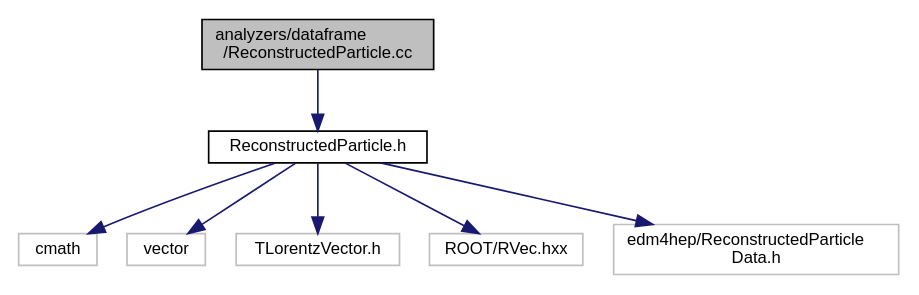
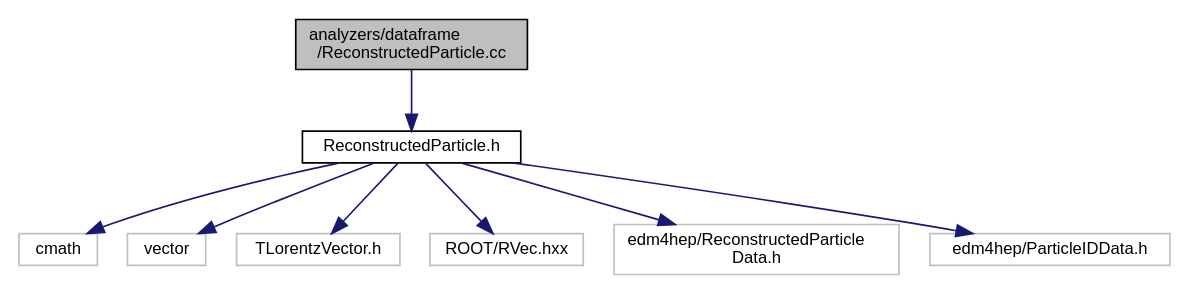
One commit to HEP-FCC/FCCAnalyses changed the diagram in doc/latest/_reconstructed_particle_8cc__incl.dot. Above: the diagram before and after it, drawn with Graphviz. The commit also changed 121 other files, not shown here.

```diff
--- a/doc/latest/_reconstructed_particle_8cc__incl.dot
+++ b/doc/latest/_reconstructed_particle_8cc__incl.dot
@@ -1,19 +1,21 @@
 digraph "analyzers/dataframe/ReconstructedParticle.cc"
 {
  // LATEX_PDF_SIZE
   edge [fontname="Helvetica",fontsize="10",labelfontname="Helvetica",labelfontsize="10"];
   node [fontname="Helvetica",fontsize="10",shape=record];
   Node1 [label="analyzers/dataframe\l/ReconstructedParticle.cc",height=0.2,width=0.4,color="black", fillcolor="grey75", style="filled", fontcolor="black",tooltip=" "];
   Node1 -> Node2 [color="midnightblue",fontsize="10",style="solid",fontname="Helvetica"];
   Node2 [label="ReconstructedParticle.h",height=0.2,width=0.4,color="black", fillcolor="white", style="filled",URL="$_reconstructed_particle_8h.html",tooltip=" "];
   Node2 -> Node3 [color="midnightblue",fontsize="10",style="solid",fontname="Helvetica"];
   Node3 [label="cmath",height=0.2,width=0.4,color="grey75", fillcolor="white", style="filled",tooltip=" "];
   Node2 -> Node4 [color="midnightblue",fontsize="10",style="solid",fontname="Helvetica"];
   Node4 [label="vector",height=0.2,width=0.4,color="grey75", fillcolor="white", style="filled",tooltip=" "];
   Node2 -> Node5 [color="midnightblue",fontsize="10",style="solid",fontname="Helvetica"];
   Node5 [label="TLorentzVector.h",height=0.2,width=0.4,color="grey75", fillcolor="white", style="filled",tooltip=" "];
   Node2 -> Node6 [color="midnightblue",fontsize="10",style="solid",fontname="Helvetica"];
   Node6 [label="ROOT/RVec.hxx",height=0.2,width=0.4,color="grey75", fillcolor="white", style="filled",tooltip=" "];
   Node2 -> Node7 [color="midnightblue",fontsize="10",style="solid",fontname="Helvetica"];
   Node7 [label="edm4hep/ReconstructedParticle\lData.h",height=0.2,width=0.4,color="grey75", fillcolor="white", style="filled",tooltip=" "];
+  Node2 -> Node8 [color="midnightblue",fontsize="10",style="solid",fontname="Helvetica"];
+  Node8 [label="edm4hep/ParticleIDData.h",height=0.2,width=0.4,color="grey75", fillcolor="white", style="filled",tooltip=" "];
 }
```
